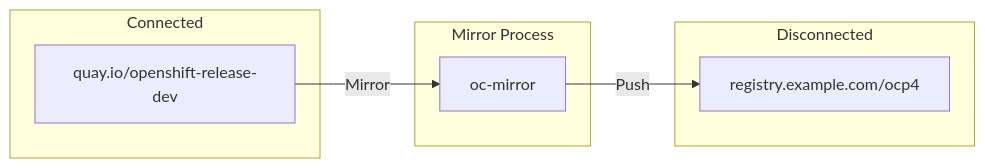
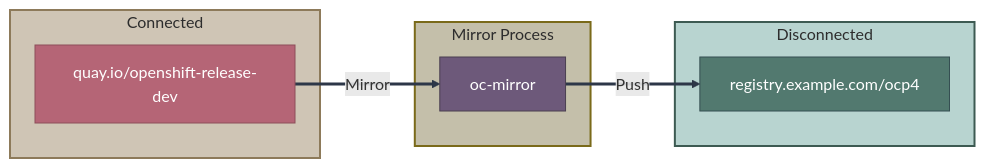
Before and after one commit to zszabo-rh/openshift-install-guide: the fifth of 5 diagrams in 00-concepts-glossary.md, drawn with Mermaid. The commit also changed other lines of this file and 16 other files, not shown here.

Commit message:
improved diagram style

````diff
--- a/00-concepts-glossary.md
+++ b/00-concepts-glossary.md
@@ -278,17 +329,27 @@
 ```mermaid
 graph LR
-    subgraph "Connected"
+    subgraph connected["Connected"]
         QUAY[quay.io/openshift-release-dev]
     end
     
-    subgraph "Mirror Process"
+    subgraph mirror["Mirror Process"]
         TOOL[oc-mirror]
     end
     
-    subgraph "Disconnected"
+    subgraph disconnected["Disconnected"]
         LOCAL[registry.example.com/ocp4]
     end
     
     QUAY -->|Mirror| TOOL
     TOOL -->|Push| LOCAL
+    
+    style QUAY fill:#b56576,stroke:#8d4e5a,color:#fff
+    style TOOL fill:#6d597a,stroke:#4a3f50,color:#fff
+    style LOCAL fill:#52796f,stroke:#354f52,color:#fff
+    
+    style connected fill:#cfc5b5,stroke:#8d7a5a,stroke-width:2px,color:#2d2d2d
+    style mirror fill:#c4bfaa,stroke:#7a6a1a,stroke-width:2px,color:#2d2d2d
+    style disconnected fill:#b8d4d0,stroke:#3d5a52,stroke-width:2px,color:#2d2d2d
+    
+    linkStyle default stroke:#2d3748,stroke-width:3px
 ```
````
